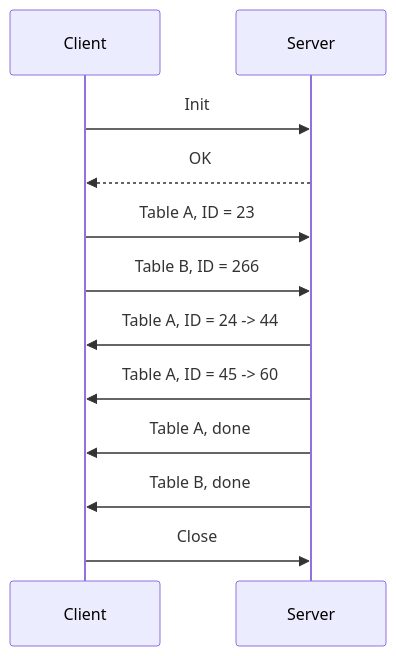
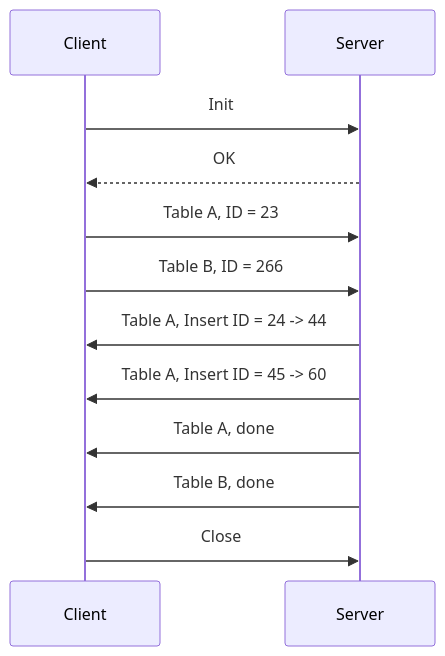
One commit to tomzx/blog.tomrochette.com-content changed the first of 3 diagrams in projects/sql-sync/article.md. Above: the diagram before and after it, drawn with Mermaid. The commit also changed other lines of this file, not shown here.

Commit message:
SQL Sync: Add more details on how to handle delete operations. Add a section on using triggers to track table changes. Initial writing on two-way synchronization.

````diff
--- a/projects/sql-sync/article.md
+++ b/projects/sql-sync/article.md
@@ -59,12 +60,12 @@
 ```mermaid
 sequenceDiagram
 	Client->>Server: Init
 	Server-->>Client: OK
 	Client->>Server: Table A, ID = 23
 	Client->>Server: Table B, ID = 266
-	Server->>Client: Table A, ID = 24 -> 44
-	Server->>Client: Table A, ID = 45 -> 60
+	Server->>Client: Table A, Insert ID = 24 -> 44
+	Server->>Client: Table A, Insert ID = 45 -> 60
 	Server->>Client: Table A, done
 	Server->>Client: Table B, done
 	Client->>Server: Close
 ```
````
